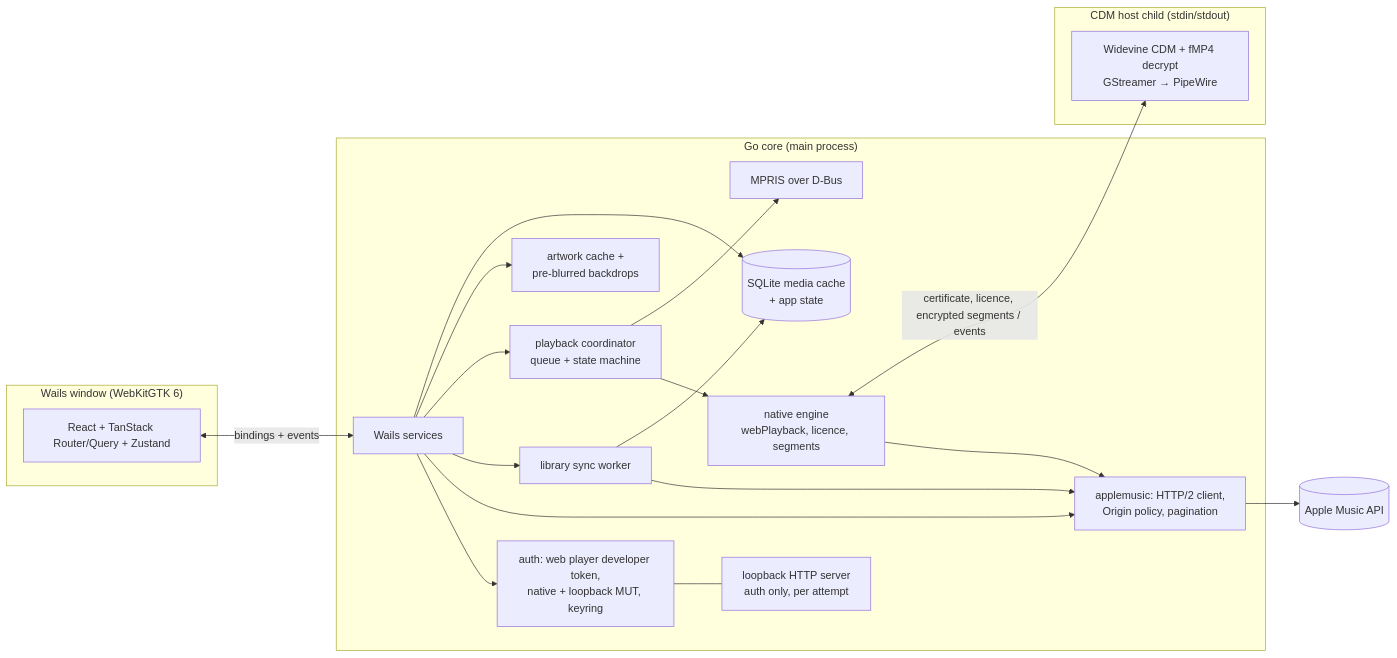
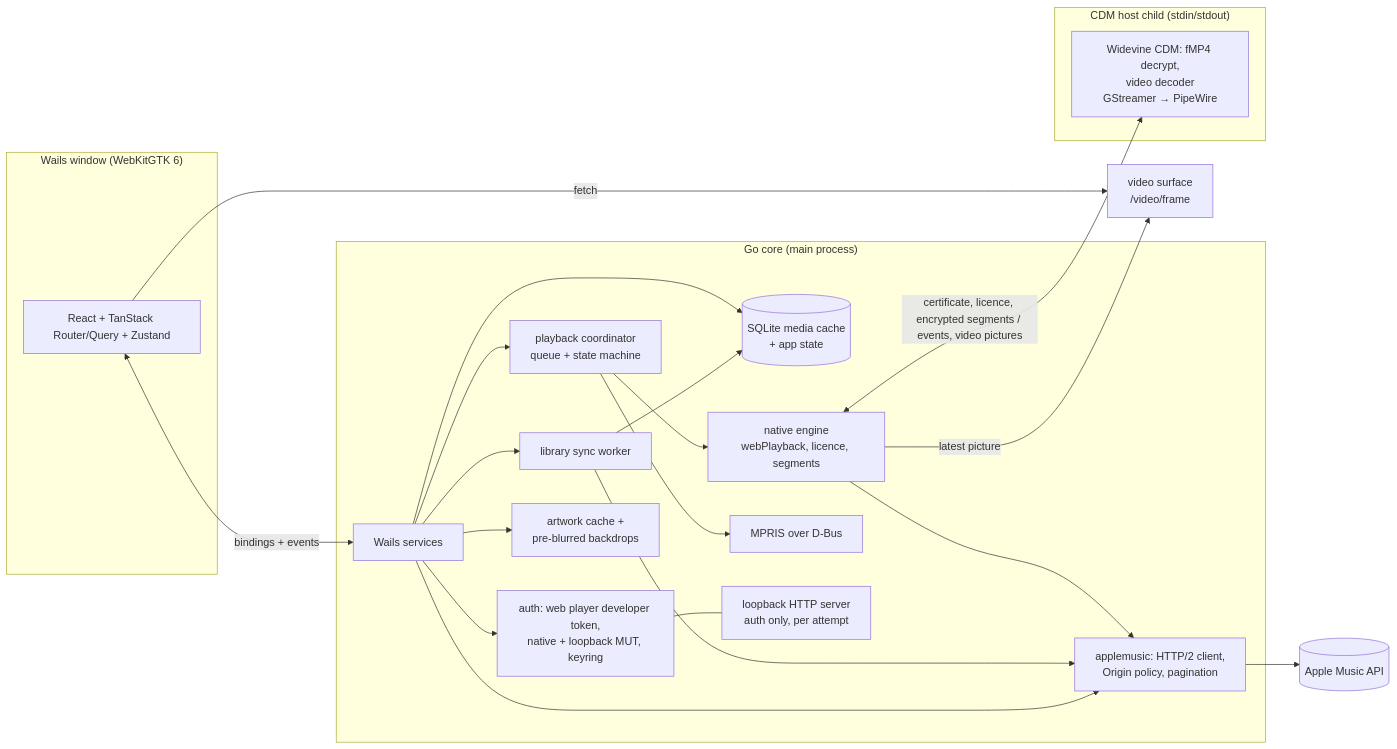
One commit to coredev-uk/sona-go changed the first of 2 diagrams in docs/architecture.md. Above: the diagram before and after it, drawn with Mermaid. The commit also changed other lines of this file and 20 other files, not shown here.

````diff
--- a/docs/architecture.md
+++ b/docs/architecture.md
@@ -37,31 +37,33 @@
 ```mermaid
 flowchart LR
   subgraph UI["Wails window (WebKitGTK 6)"]
     R[React + TanStack Router/Query + Zustand]
   end
   subgraph Go["Go core (main process)"]
     S[Wails services]
     A[auth: web player developer token,<br/>native + loopback MUT, keyring]
     C[applemusic: HTTP/2 client,<br/>Origin policy, pagination]
     D[(SQLite media cache<br/>+ app state)]
     W[library sync worker]
     P[playback coordinator<br/>queue + state machine]
     N[native engine<br/>webPlayback, licence, segments]
     M[MPRIS over D-Bus]
     I[artwork cache +<br/>pre-blurred backdrops]
     L[loopback HTTP server<br/>auth only, per attempt]
   end
   subgraph E["CDM host child (stdin/stdout)"]
-    K[Widevine CDM + fMP4 decrypt<br/>GStreamer → PipeWire]
+    K[Widevine CDM: fMP4 decrypt,<br/>video decoder<br/>GStreamer → PipeWire]
   end
   R <-- bindings + events --> S
   S --> A & C & W & P & I
   W --> C --> Apple[(Apple Music API)]
   W --> D
   S --> D
   P --> N
   N --> C
-  N <-- certificate, licence, encrypted segments / events --> K
+  N <-- certificate, licence, encrypted segments / events, video pictures --> K
+  N -- latest picture --> V[video surface<br/>/video/frame]
+  R -- fetch --> V
   P --> M
   A --- L
 ```
````
